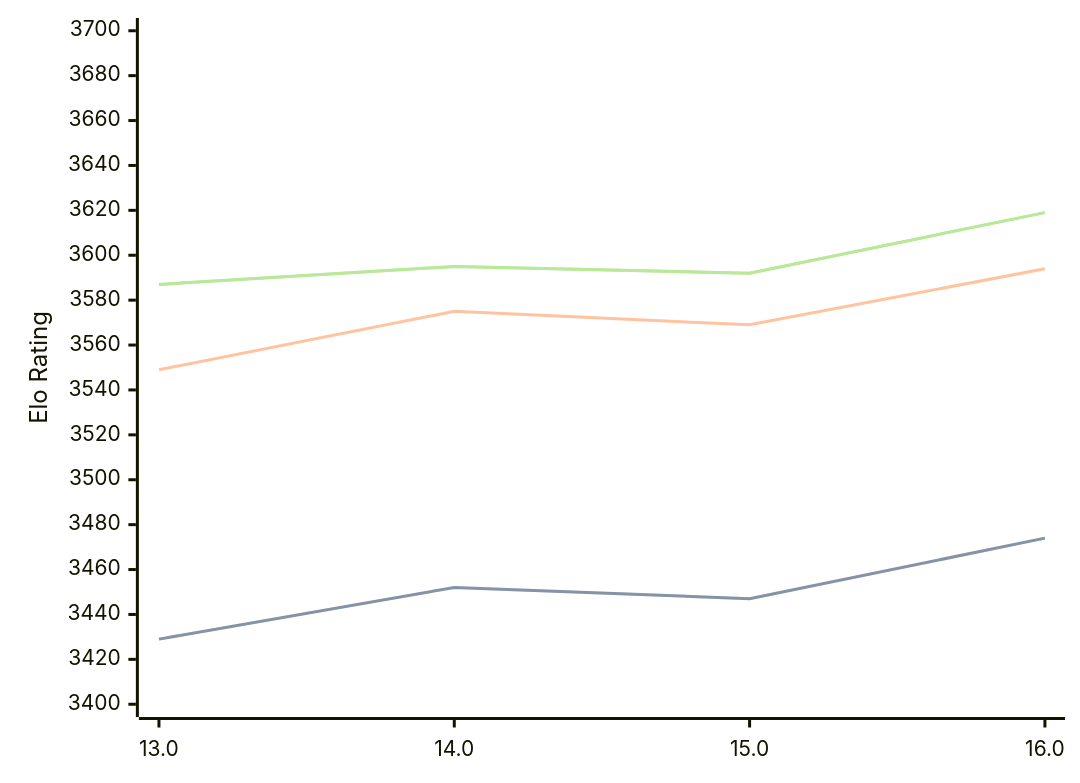
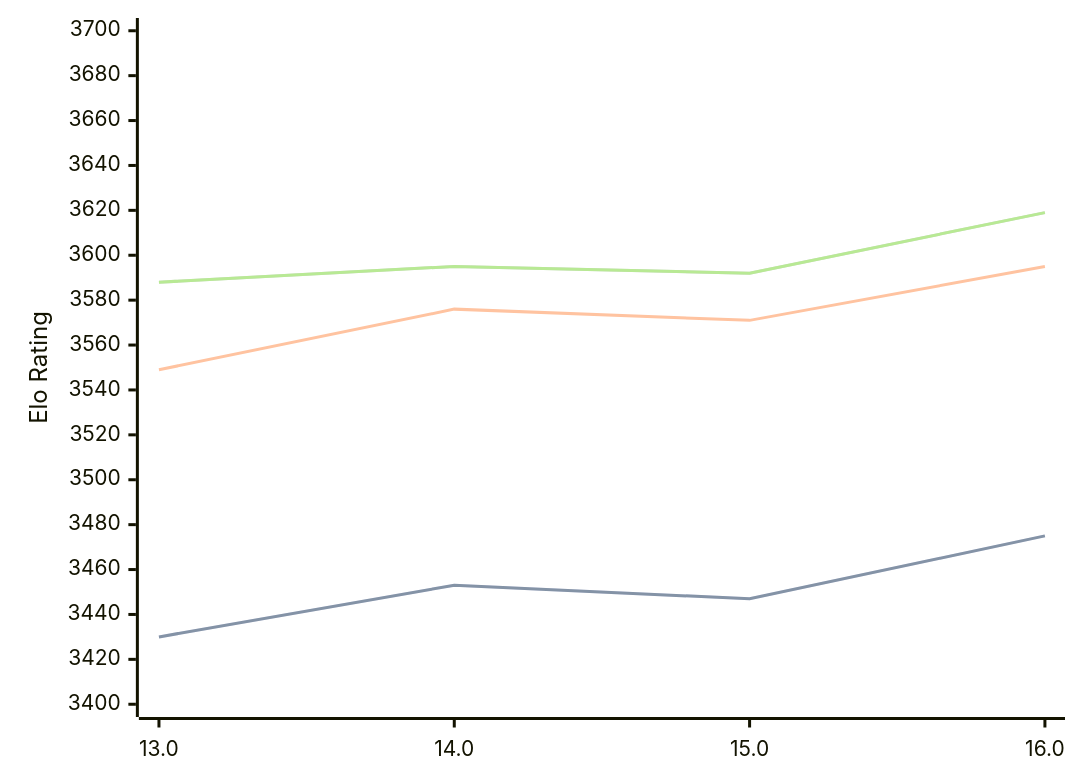
Before and after one commit to computer-chess-index/cci: the diagram in engines/Obsidian.md, drawn with Mermaid. The commit also changed other lines of this file, not shown here.

Commit message:
Update CCI Ratings (ELO VLTC) - 2026-04-19

````diff
--- a/engines/Obsidian.md
+++ b/engines/Obsidian.md
@@ -43,11 +43,11 @@
 ```mermaid
 %%{init: {"theme":"base","themeVariables":{"seriesColors:['#a3a3a3','#222221','#faa371']}}}%%
 xychart-beta
   x-axis ["13.0", "14.0", "15.0", "16.0"]
   y-axis "Elo Rating" 3400 --> 3700
-  line "STC (8.0+0.08s)" [3429, 3452, 3447, 3474]
-  line "STC (8.0+0.08s)" [3429, 3452, 3447, 3474]
-  line "LTC (60.0+0.60s)" [3549, 3575, 3569, 3594]
-  line "VLTC (2m24s+1.12s)" [3587, 3595, 3592, 3619]
-  line "VLTC (2m24s+1.12s)" [3587, 3595, 3592, 3619]
+  line "STC (8.0+0.08s)" [3430, 3453, 3447, 3475]
+  line "STC (8.0+0.08s)" [3430, 3453, 3447, 3475]
+  line "LTC (60.0+0.60s)" [3549, 3576, 3571, 3595]
+  line "VLTC (2m24s+1.12s)" [3588, 3595, 3592, 3619]
+  line "VLTC (2m24s+1.12s)" [3588, 3595, 3592, 3619]
 ```
````
